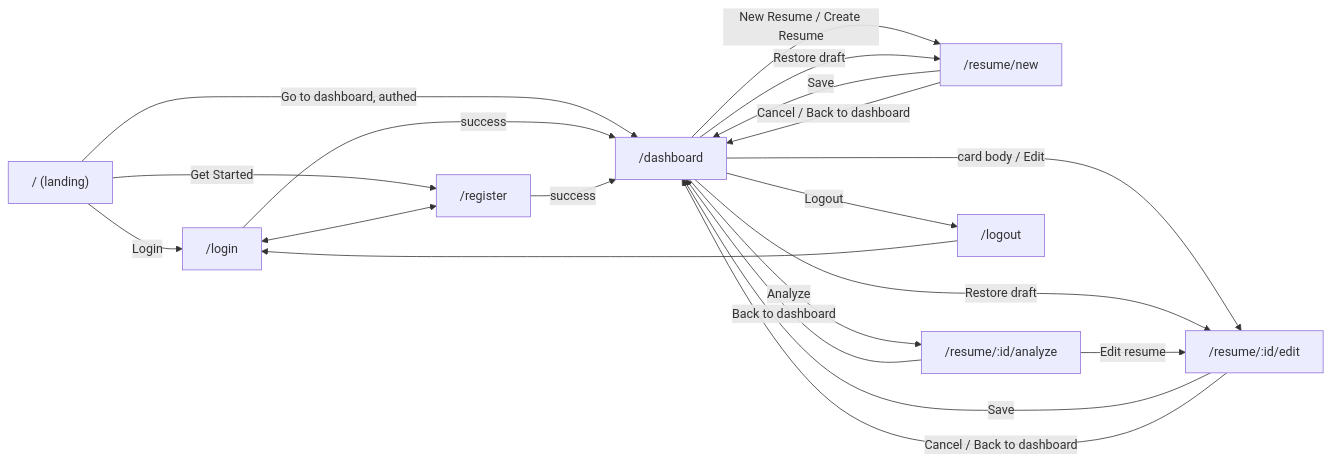
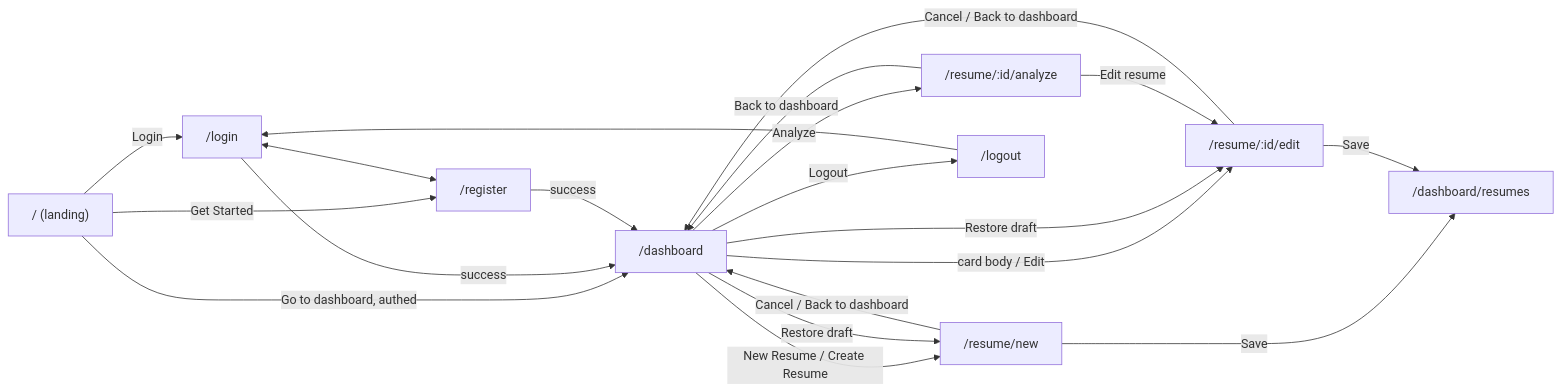
Before and after one commit to LMTanjil/resume-optimizer-client: the diagram in docs/user-flow.md, drawn with Mermaid. The commit also changed other lines of this file and 6 other files, not shown here.

Commit message:
fix: add drafts badge to sidebar and redirect to My Resumes after save

````diff
--- a/docs/user-flow.md
+++ b/docs/user-flow.md
@@ -30,20 +30,20 @@
 ```mermaid
 flowchart LR
   Root["/ (landing)"] -->|Login| Login["/login"]
   Root -->|Get Started| Register
   Root -->|Go to dashboard, authed| Dash["/dashboard"]
   Login <--> Register["/register"]
   Login -->|success| Dash
   Register -->|success| Dash
   Dash -->|New Resume / Create Resume| New["/resume/new"]
   Dash -->|card body / Edit| Edit["/resume/:id/edit"]
   Dash -->|Analyze| Analyze["/resume/:id/analyze"]
   Dash -->|Restore draft| New
   Dash -->|Restore draft| Edit
-  New -->|Save| Dash
-  Edit -->|Save| Dash
+  New -->|Save| Resumes["/dashboard/resumes"]
+  Edit -->|Save| Resumes
   Analyze -->|Edit resume| Edit
   Analyze -->|Back to dashboard| Dash
   New & Edit -->|Cancel / Back to dashboard| Dash
   Dash -->|Logout| Logout["/logout"] --> Login
 ```
````
